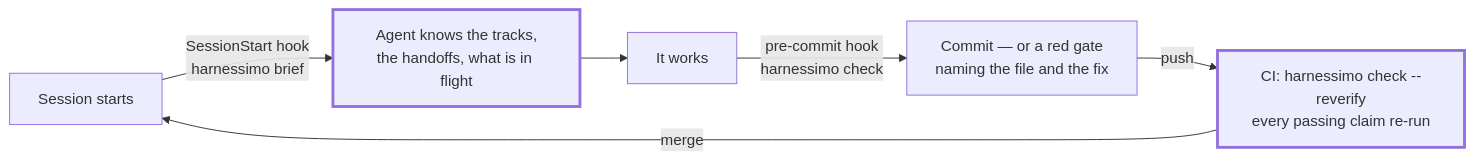
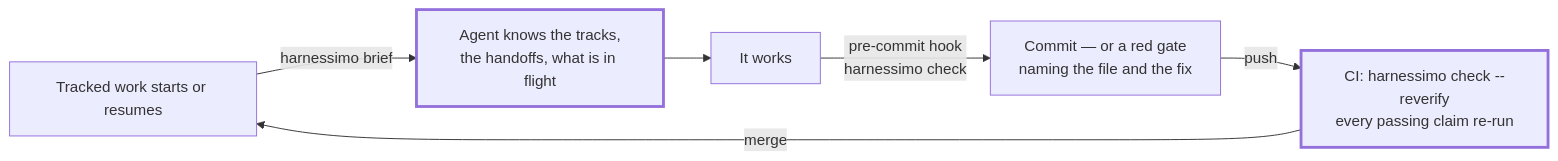
The second of 2 diagrams in docs/WHY.md (atamaniuc/Harnessimo), drawn with Mermaid before and after one commit. The commit also changed other lines of this file and 33 other files, not shown here.

````diff
--- a/docs/WHY.md
+++ b/docs/WHY.md
@@ -42,11 +42,11 @@
 ```mermaid
 flowchart LR
-    S["Session starts"] -->|"SessionStart hook<br/>harnessimo brief"| A["Agent knows the tracks,<br/>the handoffs, what is in flight"]
+    S["Tracked work starts or resumes"] -->|"harnessimo brief"| A["Agent knows the tracks,<br/>the handoffs, what is in flight"]
     A --> W["It works"]
     W -->|"pre-commit hook<br/>harnessimo check"| C["Commit — or a red gate<br/>naming the file and the fix"]
     C -->|"push"| CI["CI: harnessimo check --reverify<br/>every passing claim re-run"]
     CI -->|"merge"| S
 
     style A stroke-width:3px
     style CI stroke-width:3px
 ```
````
